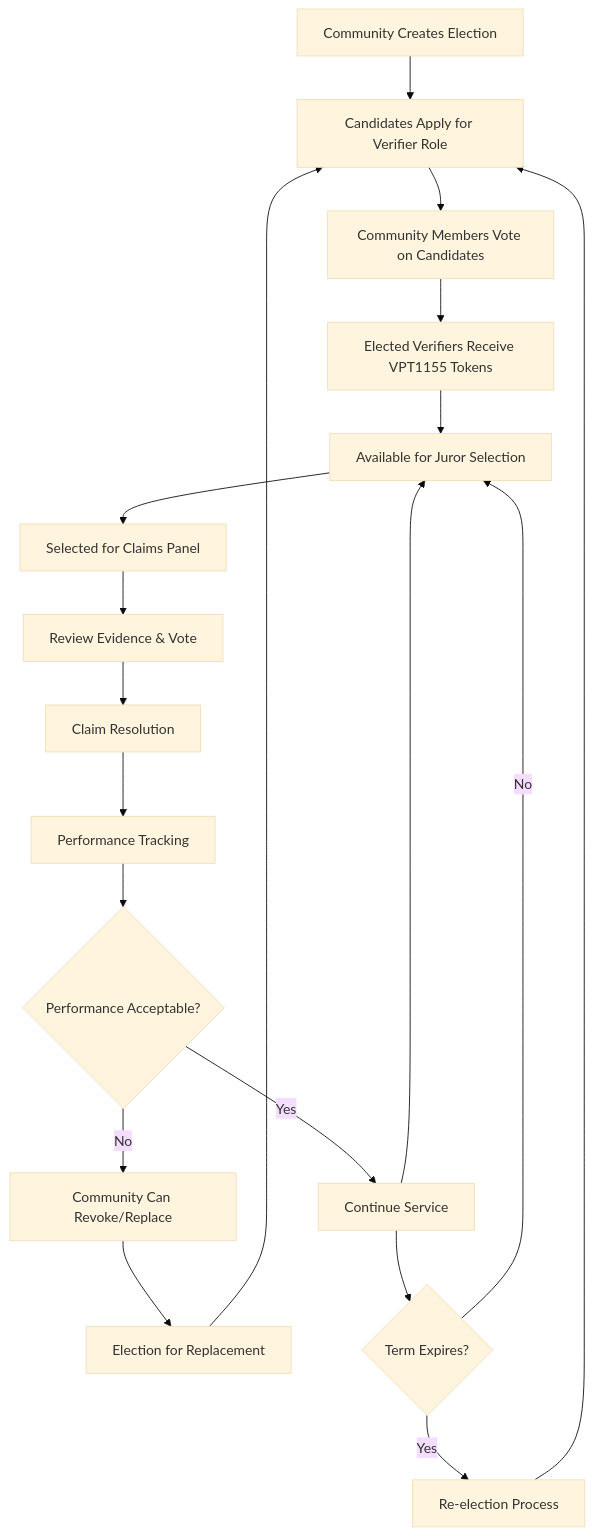
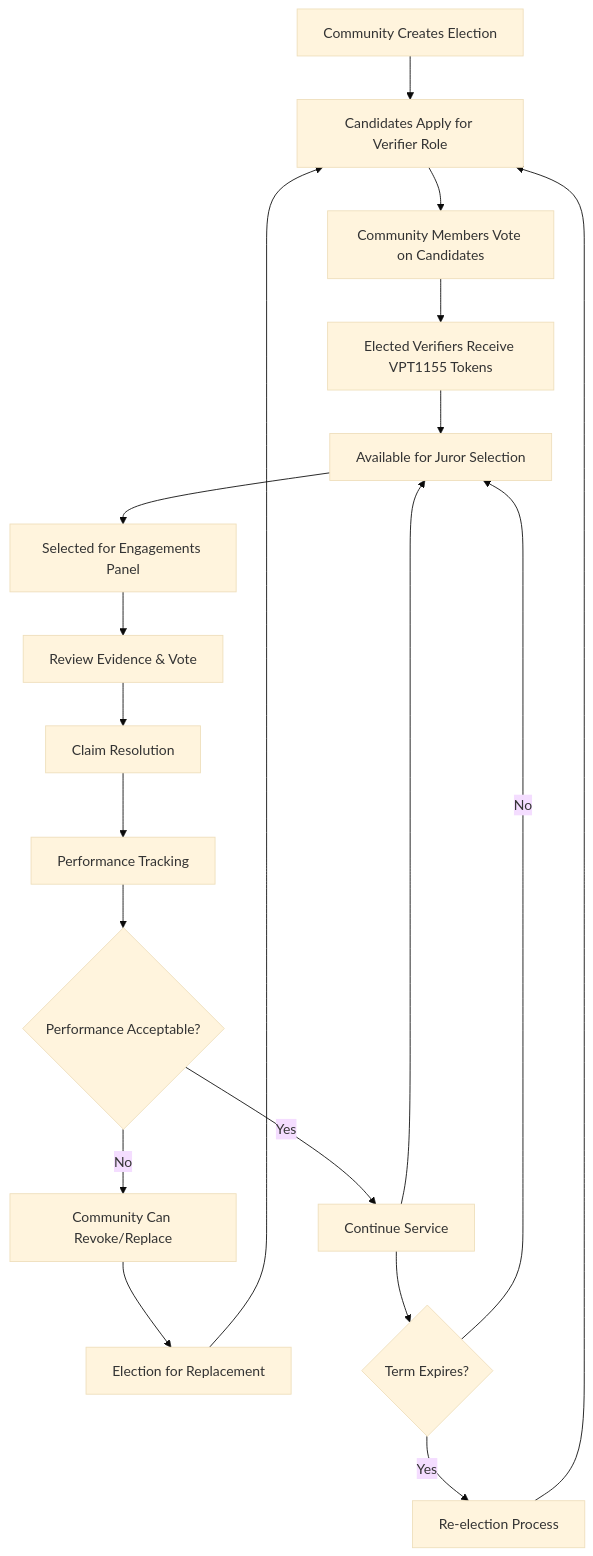
One commit to Nevtep/shift-desoc changed the fifth of 5 diagrams in docs/EN/Architecture.md. Above: the diagram before and after it, drawn with Mermaid (base theme). The commit also changed other lines of this file and 13 other files, not shown here.

````diff
--- a/docs/EN/Architecture.md
+++ b/docs/EN/Architecture.md
@@ -1205,27 +1205,27 @@
 ```mermaid
 graph TD
     A[Community Creates Election] --> B[Candidates Apply for Verifier Role]
     B --> C[Community Members Vote on Candidates]
 
     C --> D[Elected Verifiers Receive VPT1155 Tokens]
     D --> E[Available for Juror Selection]
-    E --> F[Selected for Claims Panel]
+    E --> F[Selected for Engagements Panel]
 
     F --> G[Review Evidence & Vote]
     G --> H[Claim Resolution]
     H --> I[Performance Tracking]
 
     I --> J{Performance Acceptable?}
     J -->|Yes| K[Continue Service]
     J -->|No| L[Community Can Revoke/Replace]
 
     K --> E
     L --> M[Election for Replacement]
     M --> B
 
     K --> N{Term Expires?}
     N -->|Yes| O[Re-election Process]
     N -->|No| E
 
     O --> B
 ```
````
